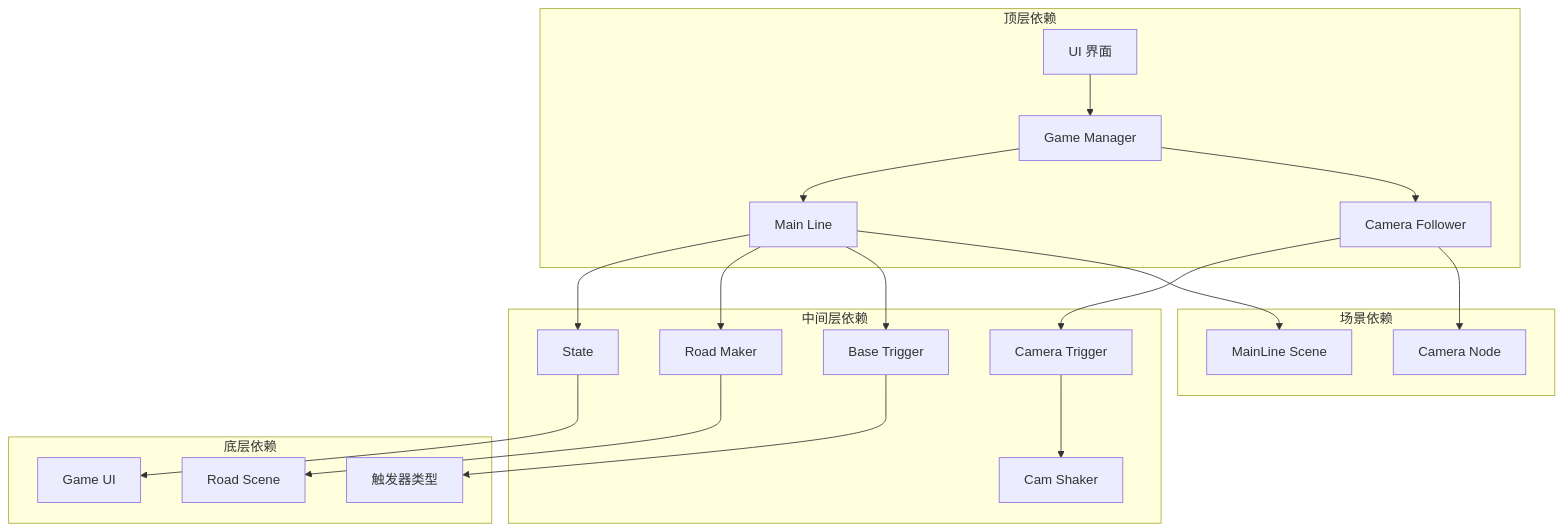
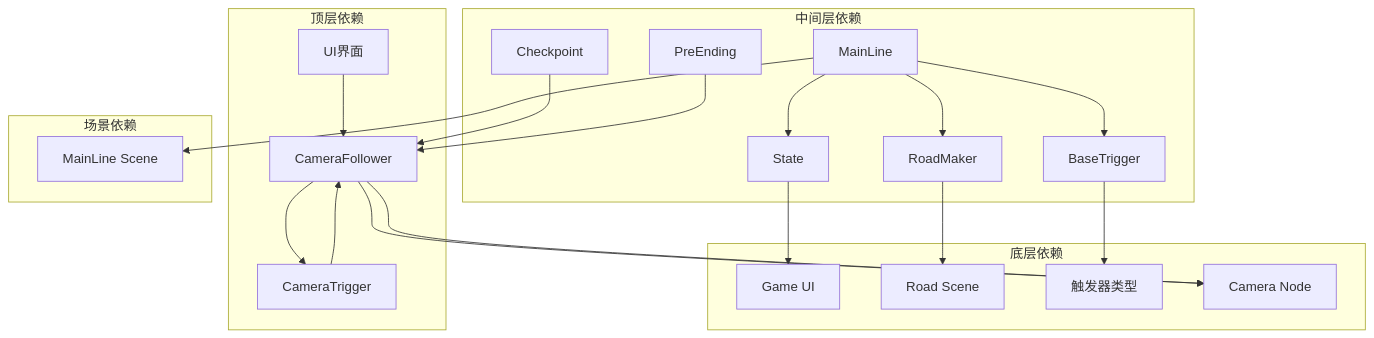
Before and after one commit to godotline/godot-line: diagram 11 of 11 in .qoder/repowiki/zh/content/Game Manager.md, drawn with Mermaid. The commit also changed other lines of this file and 13 other files, not shown here.

````diff
--- a/.qoder/repowiki/zh/content/Game Manager.md
+++ b/.qoder/repowiki/zh/content/Game Manager.md
@@ -451,24 +398,25 @@
 ```mermaid
 graph TB
 subgraph "顶层依赖"
-UI[UI 界面] --> GM[Game Manager]
-GM --> ML[Main Line]
-GM --> CF[Camera Follower]
+UI[UI界面] --> CF[CameraFollower]
+CF --> CT[CameraTrigger]
 end
 subgraph "中间层依赖"
-ML --> ST[State]
-ML --> RM[Road Maker]
-ML --> BT[Base Trigger]
-CF --> CT[Camera Trigger]
-CT --> CS[Cam Shaker]
+ML[MainLine] --> ST[State]
+ML --> RM[RoadMaker]
+ML --> BT[BaseTrigger]
+CT --> CF
+CP[Checkpoint] --> CF
+PE[PreEnding] --> CF
 end
 subgraph "底层依赖"
 ST --> GameUI[Game UI]
 RM --> RoadScene[Road Scene]
 BT --> TriggerTypes[触发器类型]
+CF --> CameraNode[Camera Node]
 end
 subgraph "场景依赖"
 ML --> MainLineScene[MainLine Scene]
-CF --> CameraNode[Camera Node]
+CF --> CameraNode
 end
 ```
````
